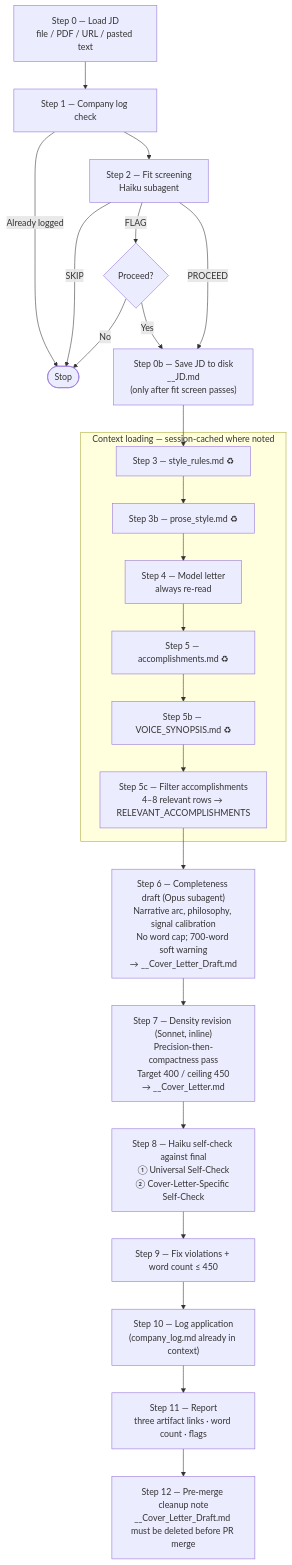
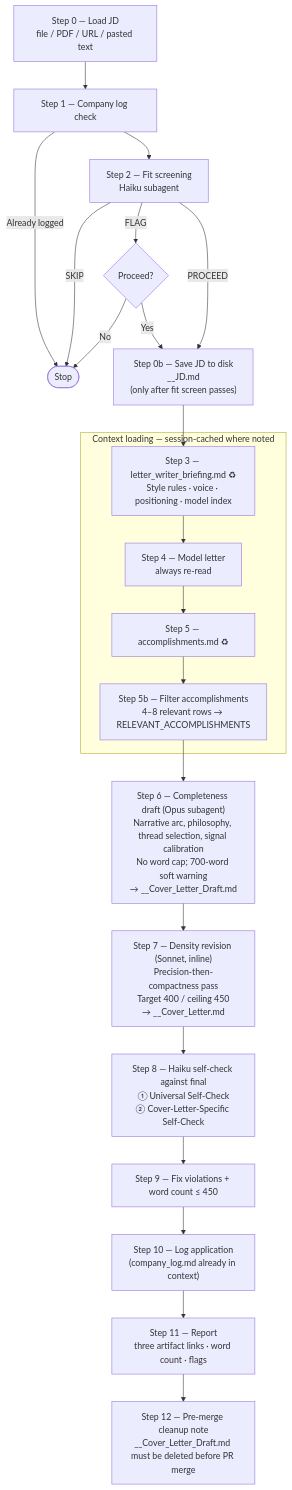
One commit to brownm09/dev-env changed the diagram in claude/skills/cover-letter/WORKFLOW.md. Above: the diagram before and after it, drawn with Mermaid. The commit also changed other lines of this file and 1 other file, not shown here.

First paragraph of the commit message:
Update cover-letter skill to load letter_writer_briefing.md (#162)
* Update cover-letter skill to load letter_writer_briefing.md (job-search#75)

````diff
--- a/claude/skills/cover-letter/WORKFLOW.md
+++ b/claude/skills/cover-letter/WORKFLOW.md
@@ -5,34 +5,32 @@
 ```mermaid
 flowchart TD
     S0["Step 0 — Load JD\nfile / PDF / URL / pasted text"]
     S0 --> S1["Step 1 — Company log check"]
     S1 -->|"Already logged"| STOP(["Stop"])
     S1 --> S2
 
     S2["Step 2 — Fit screening\nHaiku subagent"]
     S2 -->|"SKIP"| STOP
     S2 -->|"FLAG"| FLAG{"Proceed?"}
     FLAG -->|"No"| STOP
     FLAG -->|"Yes"| S0B
     S2 -->|"PROCEED"| S0B
     S0B["Step 0b — Save JD to disk\n__JD.md\n(only after fit screen passes)"]
     S0B --> CTX_START
 
     subgraph CTX ["Context loading — session-cached where noted"]
-        CTX_START["Step 3 — style_rules.md ♻"]
-        CTX_START --> CTX_3B["Step 3b — prose_style.md ♻"]
-        CTX_3B --> CTX_4["Step 4 — Model letter\nalways re-read"]
+        CTX_START["Step 3 — letter_writer_briefing.md ♻\nStyle rules · voice · positioning · model index"]
+        CTX_START --> CTX_4["Step 4 — Model letter\nalways re-read"]
         CTX_4 --> CTX_5["Step 5 — accomplishments.md ♻"]
-        CTX_5 --> CTX_5B["Step 5b — VOICE_SYNOPSIS.md ♻"]
-        CTX_5B --> S5C["Step 5c — Filter accomplishments\n4–8 relevant rows → RELEVANT_ACCOMPLISHMENTS"]
+        CTX_5 --> S5B["Step 5b — Filter accomplishments\n4–8 relevant rows → RELEVANT_ACCOMPLISHMENTS"]
     end
 
-    S5C --> S6["Step 6 — Completeness draft (Opus subagent)\nNarrative arc, philosophy, signal calibration\nNo word cap; 700-word soft warning\n→ __Cover_Letter_Draft.md"]
+    S5B --> S6["Step 6 — Completeness draft (Opus subagent)\nNarrative arc, philosophy, thread selection, signal calibration\nNo word cap; 700-word soft warning\n→ __Cover_Letter_Draft.md"]
     S6 --> S7["Step 7 — Density revision (Sonnet, inline)\nPrecision-then-compactness pass\nTarget 400 / ceiling 450\n→ __Cover_Letter.md"]
 
     S7 --> S8["Step 8 — Haiku self-check against final\n① Universal Self-Check\n② Cover-Letter-Specific Self-Check"]
     S8 --> S9["Step 9 — Fix violations + word count ≤ 450"]
     S9 --> S10["Step 10 — Log application\n(company_log.md already in context)"]
     S10 --> S11["Step 11 — Report\nthree artifact links · word count · flags"]
     S11 --> S12["Step 12 — Pre-merge cleanup note\n__Cover_Letter_Draft.md must be deleted before PR merge"]
 ```
````
